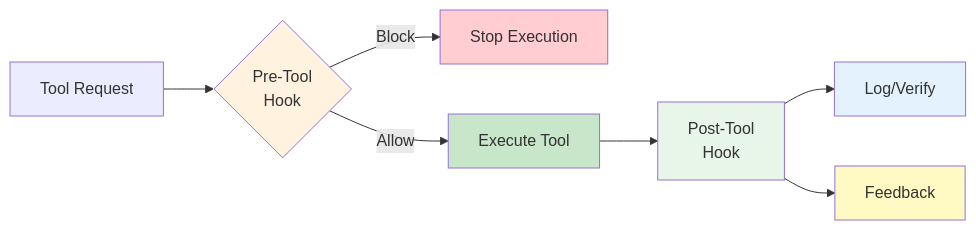
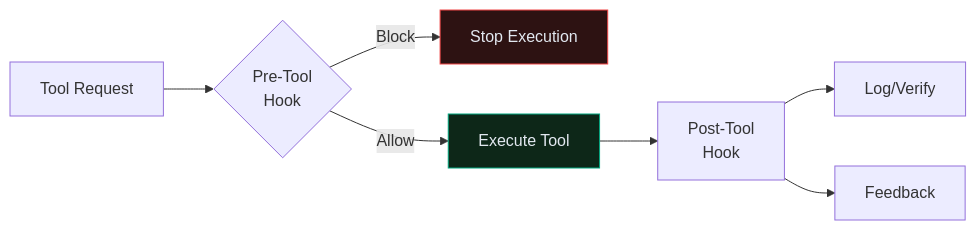
Diagram 12 of 16 in docs/01_Claude-Code-in-Action.md (CagriCatik/claude-ollama-coder), drawn with Mermaid before and after one commit. The commit also changed other lines of this file and 16 other files, not shown here.

````diff
--- a/docs/01_Claude-Code-in-Action.md
+++ b/docs/01_Claude-Code-in-Action.md
@@ -566,16 +538,12 @@
 ```mermaid
 graph LR
     A["Tool Request"] --> B{"Pre-Tool<br/>Hook"}
     B -->|Block| C["Stop Execution"]
     B -->|Allow| D["Execute Tool"]
     D --> E["Post-Tool<br/>Hook"]
     E --> F["Log/Verify"]
     E --> G["Feedback"]
     
-    style B fill:#fff3e0
-    style C fill:#ffcdd2
-    style D fill:#c8e6c9
-    style E fill:#e8f5e9
-    style F fill:#e3f2fd
-    style G fill:#fff9c4
+    style C fill:#2d1212,stroke:#ef4444,color:#e2e8f0
+    style D fill:#0d2718,stroke:#00a67e,color:#e2e8f0
 ```
````
